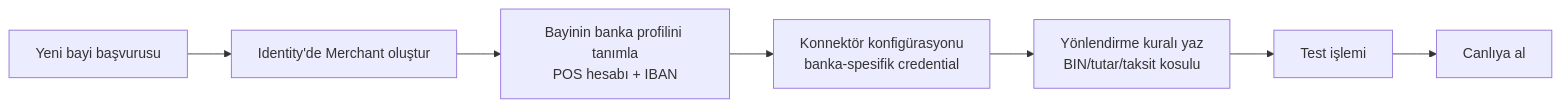
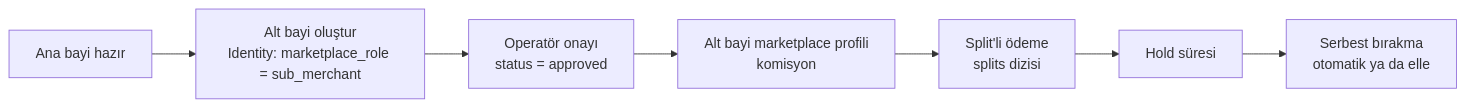
One commit to payment-pos/mintlify changed the diagram in recipes/marketplace-onboarding.mdx. Above: the diagram before and after it, drawn with Mermaid. The commit also changed other lines of this file and 135 other files, not shown here.

Commit message:
docs: dokumantasyon kodla hizalandi - yeni urun bolumleri (fatura odeme, e-fatura, isyeri API, MCP, eklentiler), Sanal POS/Para Transferi/Identity/Fraud yeniden yazim, test modu ve entegratör ifadeleri

````diff
--- a/recipes/marketplace-onboarding.mdx
+++ b/recipes/marketplace-onboarding.mdx
@@ -10,9 +14,9 @@
 ```mermaid
 flowchart LR
-    A[Yeni bayi başvurusu] --> B[Identity'de Merchant oluştur]
-    B --> C[Bayinin banka profilini tanımla<br/>POS hesabı + IBAN]
-    C --> D[Konnektör konfigürasyonu<br/>banka-spesifik credential]
-    D --> E[Yönlendirme kuralı yaz<br/>BIN/tutar/taksit kosulu]
-    E --> F[Test işlemi]
-    F --> G[Canlıya al]
+    A[Ana bayi hazır] --> C[Alt bayi oluştur<br/>Identity: marketplace_role = sub_merchant]
+    C --> D[Operatör onayı<br/>status = approved]
+    D --> B[Alt bayi marketplace profili<br/>komisyon]
+    B --> E[Split'li ödeme<br/>splits dizisi]
+    E --> F[Hold süresi]
+    F --> G[Serbest bırakma<br/>otomatik ya da elle]
 ```
````
